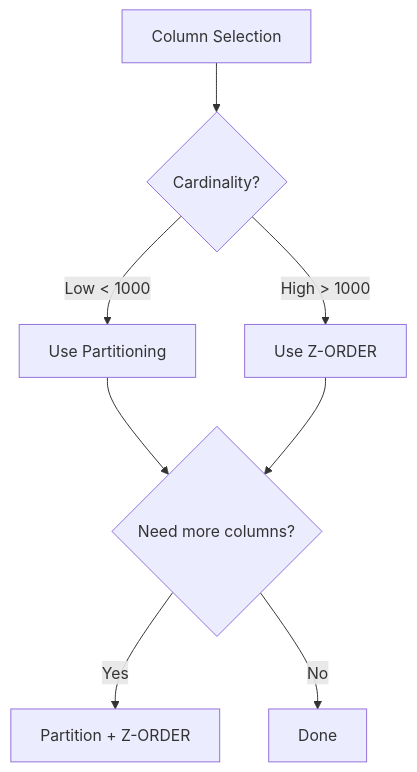
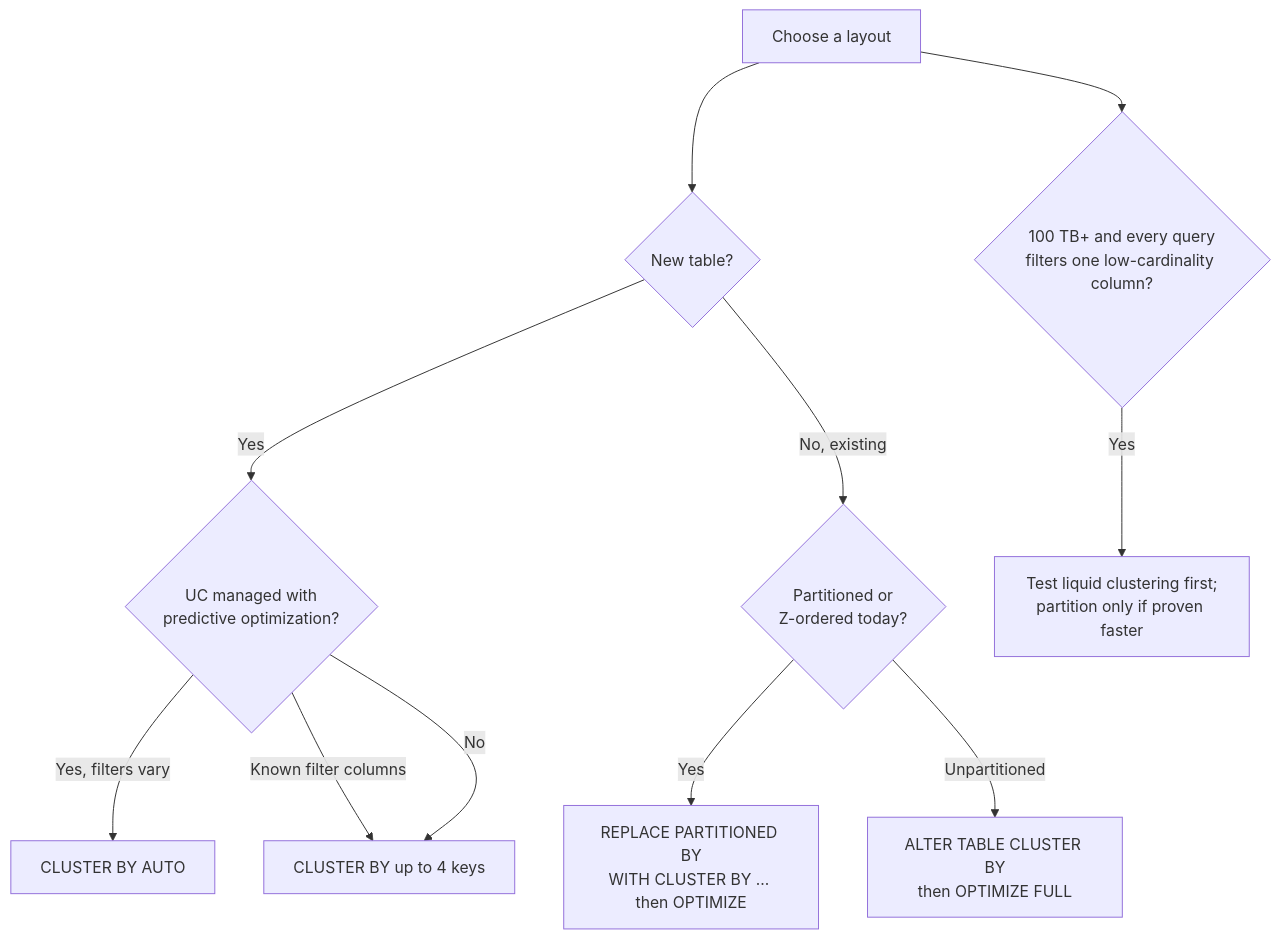
Before and after one commit to kengio/databricks-certification-study-guide: the second of 2 diagrams in certifications/data-engineer-professional/05-cost-and-performance-optimization/03-zorder-indexing.md, drawn with Mermaid. The commit also changed other lines of this file and 108 other files, not shown here.

````diff
--- a/certifications/data-engineer-professional/05-cost-and-performance-optimization/03-zorder-indexing.md
+++ b/certifications/data-engineer-professional/05-cost-and-performance-optimization/03-zorder-indexing.md
@@ -168,11 +194,13 @@
 ```mermaid
 flowchart TD
-    Start[Column Selection] --> Card{Cardinality?}
-    Card -->|Low < 1000| Partition[Use Partitioning]
-    Card -->|High > 1000| ZOrder[Use Z-ORDER]
-
-    Partition --> Both{Need more columns?}
-    ZOrder --> Both
-    Both -->|Yes| Combine[Partition + Z-ORDER]
-    Both -->|No| Done[Done]
+    Start[Choose a layout] --> New{New table?}
+    New -->|Yes| Managed{UC managed with<br/>predictive optimization?}
+    Managed -->|Yes, filters vary| AUTO[CLUSTER BY AUTO]
+    Managed -->|Known filter columns| LC[CLUSTER BY up to 4 keys]
+    Managed -->|No| LC
+    New -->|No, existing| Old{Partitioned or<br/>Z-ordered today?}
+    Old -->|Yes| Conv[REPLACE PARTITIONED BY<br/>WITH CLUSTER BY ... then OPTIMIZE]
+    Old -->|Unpartitioned| Alter[ALTER TABLE CLUSTER BY<br/>then OPTIMIZE FULL]
+    Start --> Huge{100 TB+ and every query<br/>filters one low-cardinality column?}
+    Huge -->|Yes| Test[Test liquid clustering first;<br/>partition only if proven faster]
 ```
````
